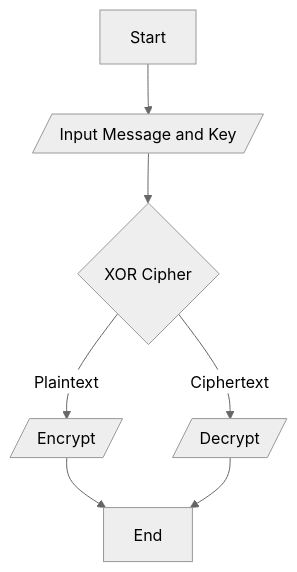
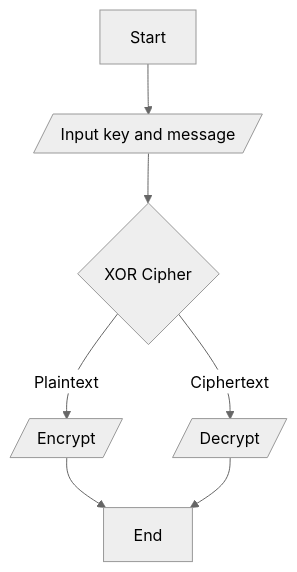
One commit to U53RW4R3/SCPA changed the diagram in SCPA Phases/Cryptography/Symmetric/Algorithms/Modern Ciphers/XOR/Simple XOR.md. Above: the diagram before and after it, drawn with Mermaid (neutral theme).

````diff
--- a/SCPA Phases/Cryptography/Symmetric/Algorithms/Modern Ciphers/XOR/Simple XOR.md
+++ b/SCPA Phases/Cryptography/Symmetric/Algorithms/Modern Ciphers/XOR/Simple XOR.md
@@ -288,8 +288,8 @@
 ```mermaid
 flowchart TD
-    A[Start] --> B[/Input Message and Key/] --> C{XOR Cipher}
+    A[Start] --> B[/Input key and message/] --> C{XOR Cipher}
 
     C -->|Plaintext| D[/Encrypt/]
     C -->|Ciphertext| E[/Decrypt/]
     D & E --> F[End]
 ```
````
